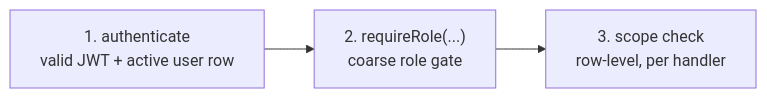
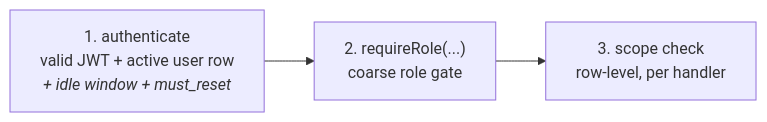
One commit to makmot256/TASK-MANAGEMENT-SYSTEM changed diagram 11 of 14 in docs/ARCHITECTURE.md. Above: the diagram before and after it, drawn with Mermaid. The commit also changed other lines of this file and 48 other files, not shown here.

````diff
--- a/docs/ARCHITECTURE.md
+++ b/docs/ARCHITECTURE.md
@@ -414,5 +419,5 @@
 ```mermaid
 graph LR
-    A["1. authenticate<br/>valid JWT + active user row"] --> B["2. requireRole(...)<br/>coarse role gate"]
+    A["1. authenticate<br/>valid JWT + active user row<br/><i>+ idle window + must_reset</i>"] --> B["2. requireRole(...)<br/>coarse role gate"]
     B --> C["3. scope check<br/>row-level, per handler"]
 ```
````
